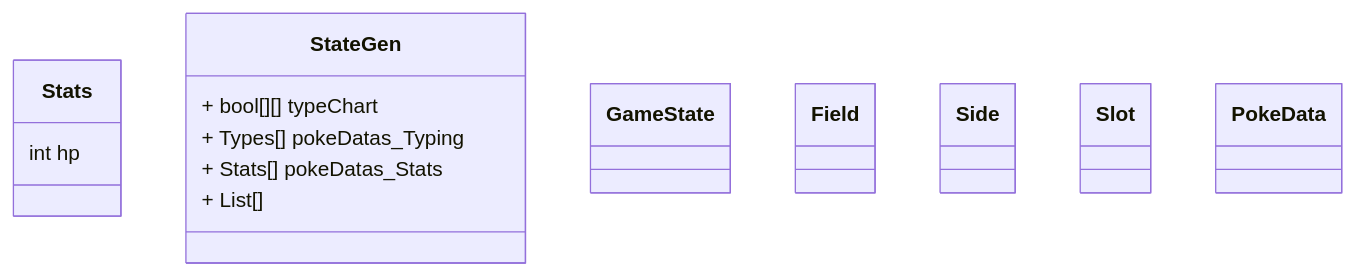
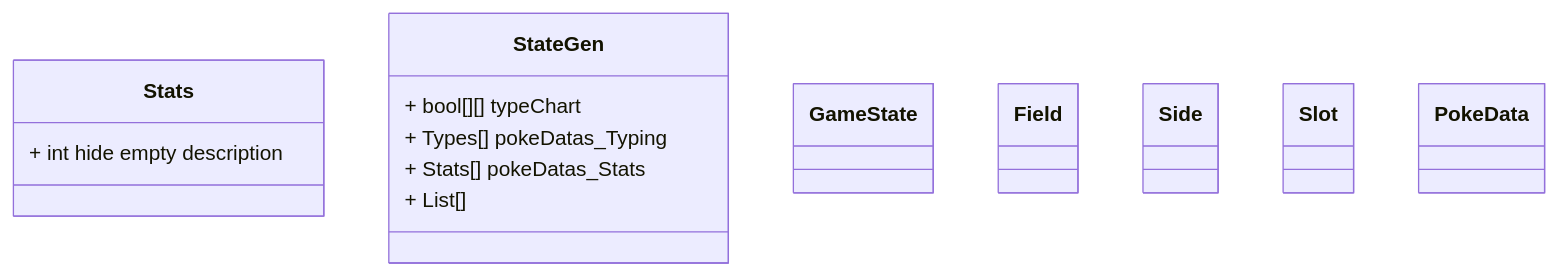
One commit to UtaSzane/iodraw-files changed the diagram in all/Untitled.md. Above: the diagram before and after it, drawn with Mermaid.

Commit message:
2026-06-07 23:29:35 update

````diff
--- a/all/Untitled.md
+++ b/all/Untitled.md
@@ -1,27 +1,27 @@
 ```mermaid
 classDiagram
     class Stats {
-        int hp
+        + int hide empty description
     }
     class StateGen {
         + bool[][] typeChart
         + Types[] pokeDatas_Typing
         + Stats[] pokeDatas_Stats
         + List[]
     }  
     class GameState {
 
     }
     class Field {
 
     }
     class Side {
 
     }
     class Slot {
 
     }
     class PokeData {
 
     }
 ```
````
